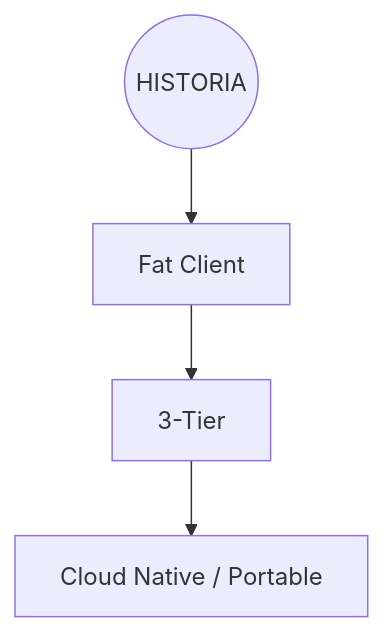
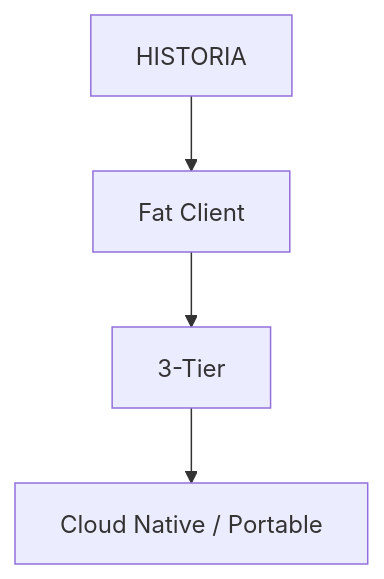
One commit to rraulherediaa/PracticasEstructurasDatos changed diagram 12 of 12 in README.md. Above: the diagram before and after it, drawn with Mermaid. The commit also changed other lines of this file, not shown here.

````diff
--- a/README.md
+++ b/README.md
@@ -113,5 +197,5 @@
 ```mermaid
 flowchart TD
-    Hist(("HISTORIA"))
+    Hist["HISTORIA"]
     Hist --> Past["Fat Client"] --> Mid["3-Tier"] --> Now["Cloud Native / Portable"]
 ```
````
